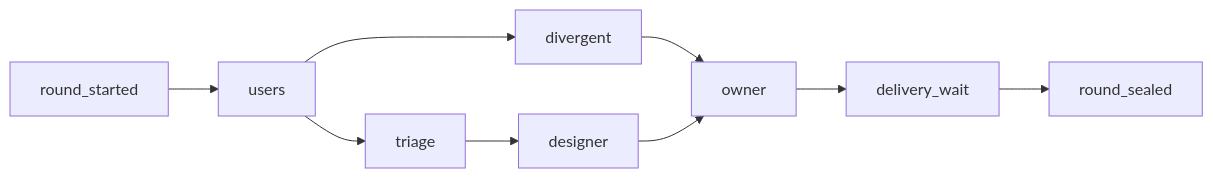
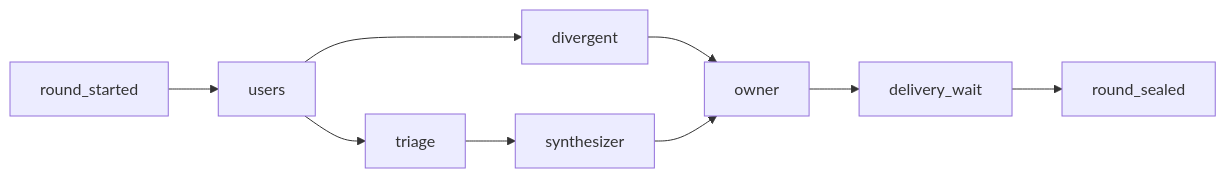
One commit to Curry09/AHE-Beta changed the first of 2 diagrams in docs/specs/0064-stage-resumable-experiment-runtime.md. Above: the diagram before and after it, drawn with Mermaid. The commit also changed other lines of this file and 248 other files, not shown here.

````diff
--- a/docs/specs/0064-stage-resumable-experiment-runtime.md
+++ b/docs/specs/0064-stage-resumable-experiment-runtime.md
@@ -248,11 +248,11 @@
 ```mermaid
 flowchart LR
     R[round_started] --> U[users]
     U --> T[triage]
     U --> P[divergent]
-    T --> D[designer]
+    T --> D[synthesizer]
     P --> O[owner]
     D --> O
     O --> W[delivery_wait]
     W --> S[round_sealed]
 ```
````
